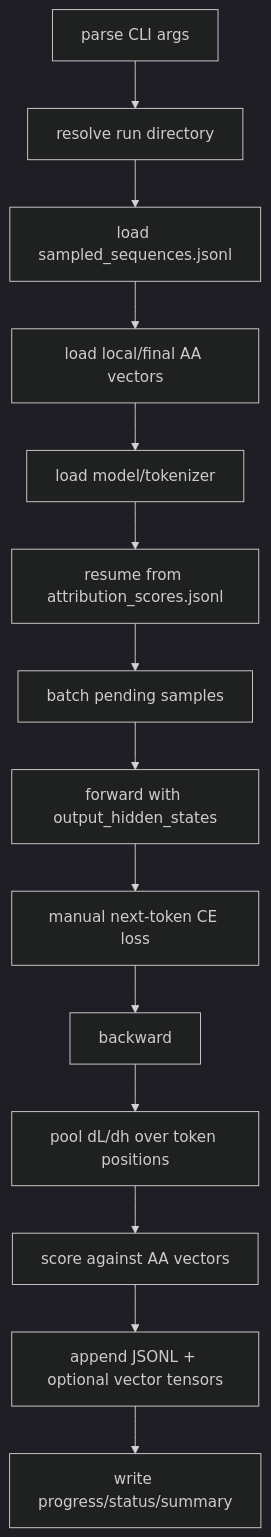
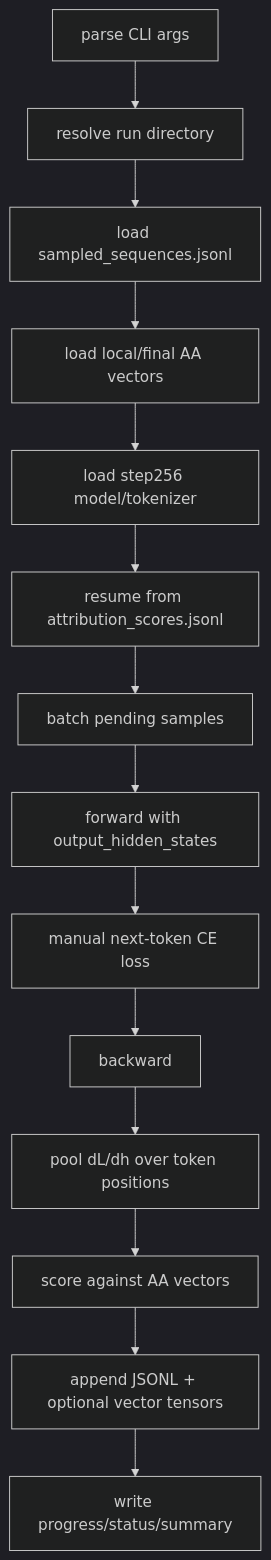
One commit to mahadikprasad15/assistant-axis-emergence-attribution changed the diagram in docs/design/training_sequence_gradient_scorer_design.md. Above: the diagram before and after it, drawn with Mermaid (dark theme). The commit also changed other lines of this file and 26 other files, not shown here.

````diff
--- a/docs/design/training_sequence_gradient_scorer_design.md
+++ b/docs/design/training_sequence_gradient_scorer_design.md
@@ -137,16 +157,16 @@
 ```mermaid
 flowchart TD
   A["parse CLI args"] --> B["resolve run directory"]
   B --> C["load sampled_sequences.jsonl"]
   C --> D["load local/final AA vectors"]
-  D --> E["load model/tokenizer"]
+  D --> E["load step256 model/tokenizer"]
   E --> F["resume from attribution_scores.jsonl"]
   F --> G["batch pending samples"]
   G --> H["forward with output_hidden_states"]
   H --> I["manual next-token CE loss"]
   I --> J["backward"]
   J --> K["pool dL/dh over token positions"]
   K --> L["score against AA vectors"]
   L --> M["append JSONL + optional vector tensors"]
   M --> N["write progress/status/summary"]
 ```
````
